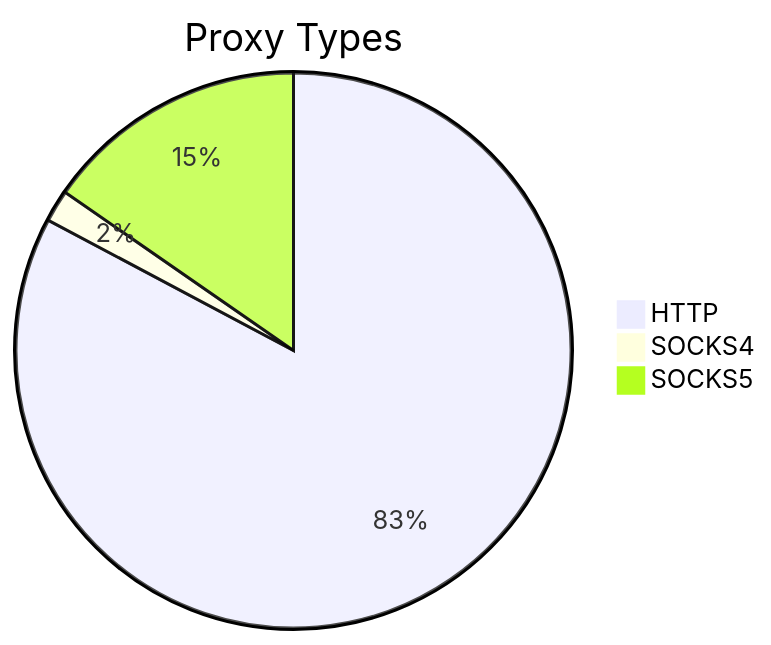
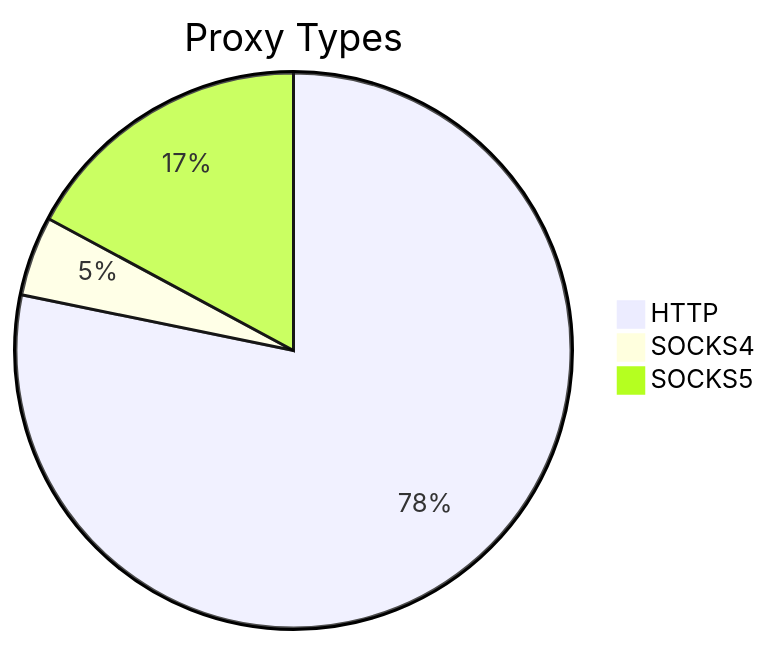
One commit to stormsia/proxy-list changed the first of 2 diagrams in README.md. Above: the diagram before and after it, drawn with Mermaid. The commit also changed other lines of this file, not shown here.

````diff
--- a/README.md
+++ b/README.md
@@ -21,6 +21,6 @@
 ```mermaid
 pie title Proxy Types
-    "HTTP" : 221
-    "SOCKS4" : 5
-    "SOCKS5" : 41
+    "HTTP" : 219
+    "SOCKS4" : 13
+    "SOCKS5" : 48
 ```
````
